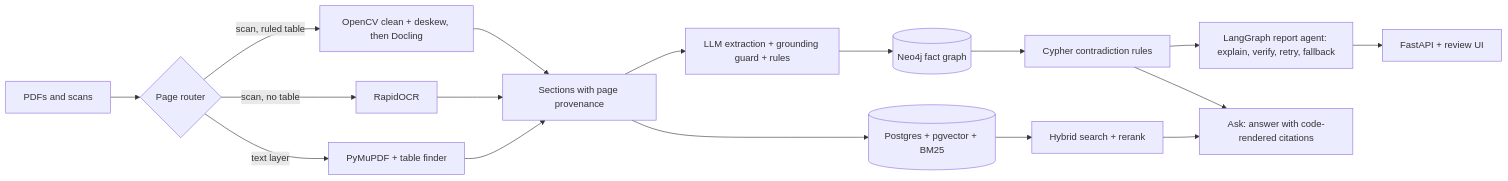
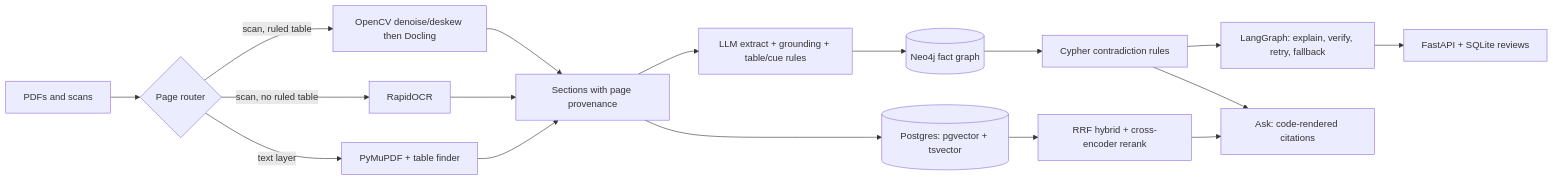
The diagram in README.md (Stella747/docugraph-ai), drawn with Mermaid before and after one commit. The commit also changed other lines of this file and 1 other file, not shown here.

````diff
--- a/README.md
+++ b/README.md
@@ -45,19 +27,19 @@
 ```mermaid
 flowchart LR
   A["PDFs and scans"] --> B{"Page router"}
   B -->|"text layer"| C["PyMuPDF + table finder"]
-  B -->|"scan, no table"| D["RapidOCR"]
-  B -->|"scan, ruled table"| E["OpenCV clean + deskew, then Docling"]
+  B -->|"scan, no ruled table"| D["RapidOCR"]
+  B -->|"scan, ruled table"| E["OpenCV denoise/deskew then Docling"]
   C --> F["Sections with page provenance"]
   D --> F
   E --> F
-  F --> G[("Postgres + pgvector + BM25")]
-  F --> H["LLM extraction + grounding guard + rules"]
+  F --> G[("Postgres: pgvector + tsvector")]
+  F --> H["LLM extract + grounding + table/cue rules"]
   H --> I[("Neo4j fact graph")]
   I --> J["Cypher contradiction rules"]
-  J --> K["LangGraph report agent: explain, verify, retry, fallback"]
-  K --> L["FastAPI + review UI"]
-  G --> M["Hybrid search + rerank"]
-  M --> N["Ask: answer with code-rendered citations"]
+  J --> K["LangGraph: explain, verify, retry, fallback"]
+  K --> L["FastAPI + SQLite reviews"]
+  G --> M["RRF hybrid + cross-encoder rerank"]
+  M --> N["Ask: code-rendered citations"]
   J --> N
 ```
````
